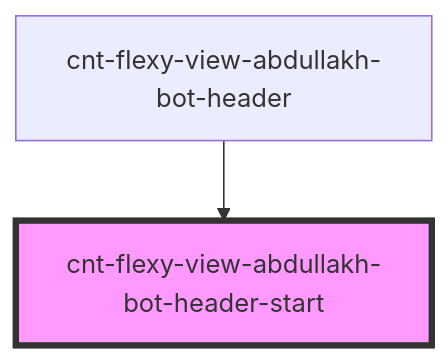
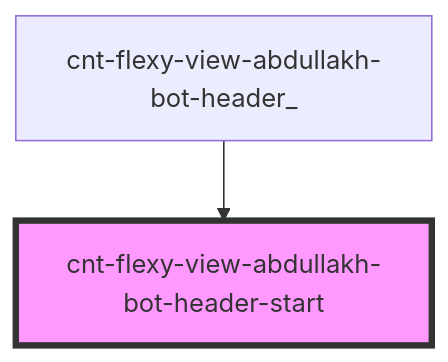
The diagram in src/components/cnt-flexy-view-abdullakh-bot-header/res/view/cnt-flexy-view-abdullakh-bot-header_/res/view/cnt-flexy-view-abdullakh-bot-header-start/readme.md (Wokh-Dada/botdevelopmentapp), drawn with Mermaid before and after one commit. The commit also changed other lines of this file and 34 other files, not shown here.

````diff
--- a/src/components/cnt-flexy-view-abdullakh-bot-header/res/view/cnt-flexy-view-abdullakh-bot-header_/res/view/cnt-flexy-view-abdullakh-bot-header-start/readme.md
+++ b/src/components/cnt-flexy-view-abdullakh-bot-header/res/view/cnt-flexy-view-abdullakh-bot-header_/res/view/cnt-flexy-view-abdullakh-bot-header-start/readme.md
@@ -29,5 +29,5 @@
 ```mermaid
 graph TD;
-  cnt-flexy-view-abdullakh-bot-header --> cnt-flexy-view-abdullakh-bot-header-start
+  cnt-flexy-view-abdullakh-bot-header_ --> cnt-flexy-view-abdullakh-bot-header-start
   style cnt-flexy-view-abdullakh-bot-header-start fill:#f9f,stroke:#333,stroke-width:4px
 ```
````
